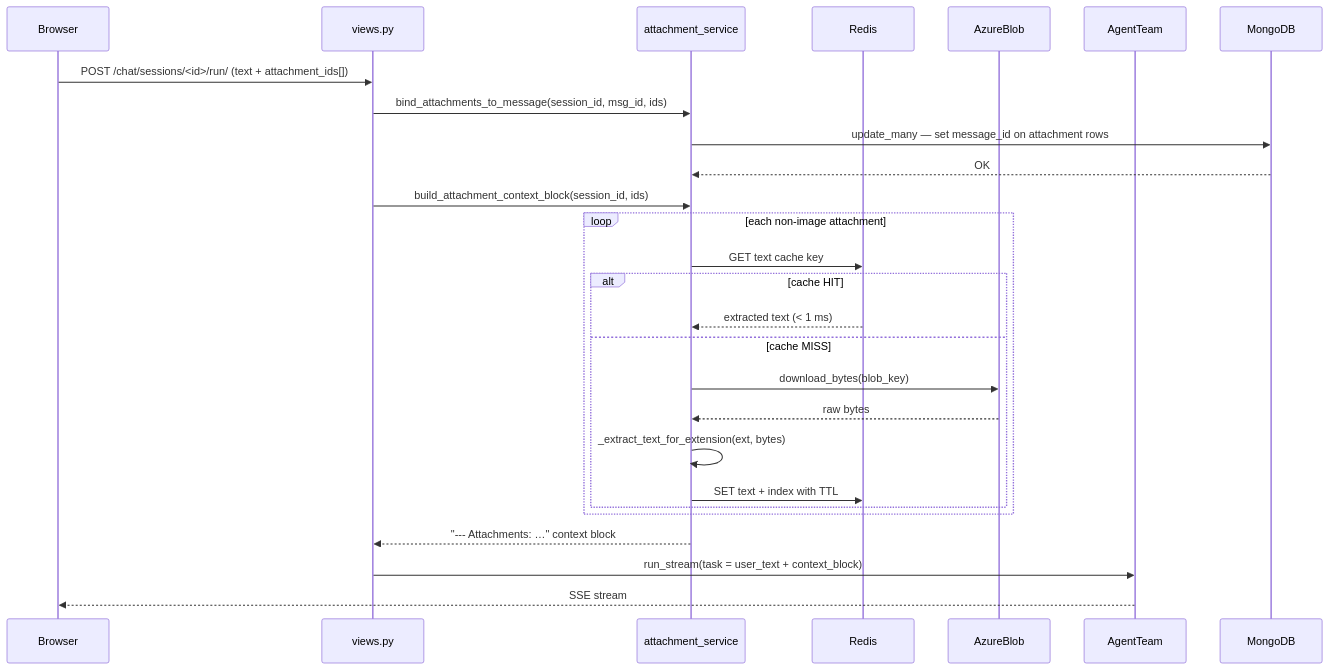
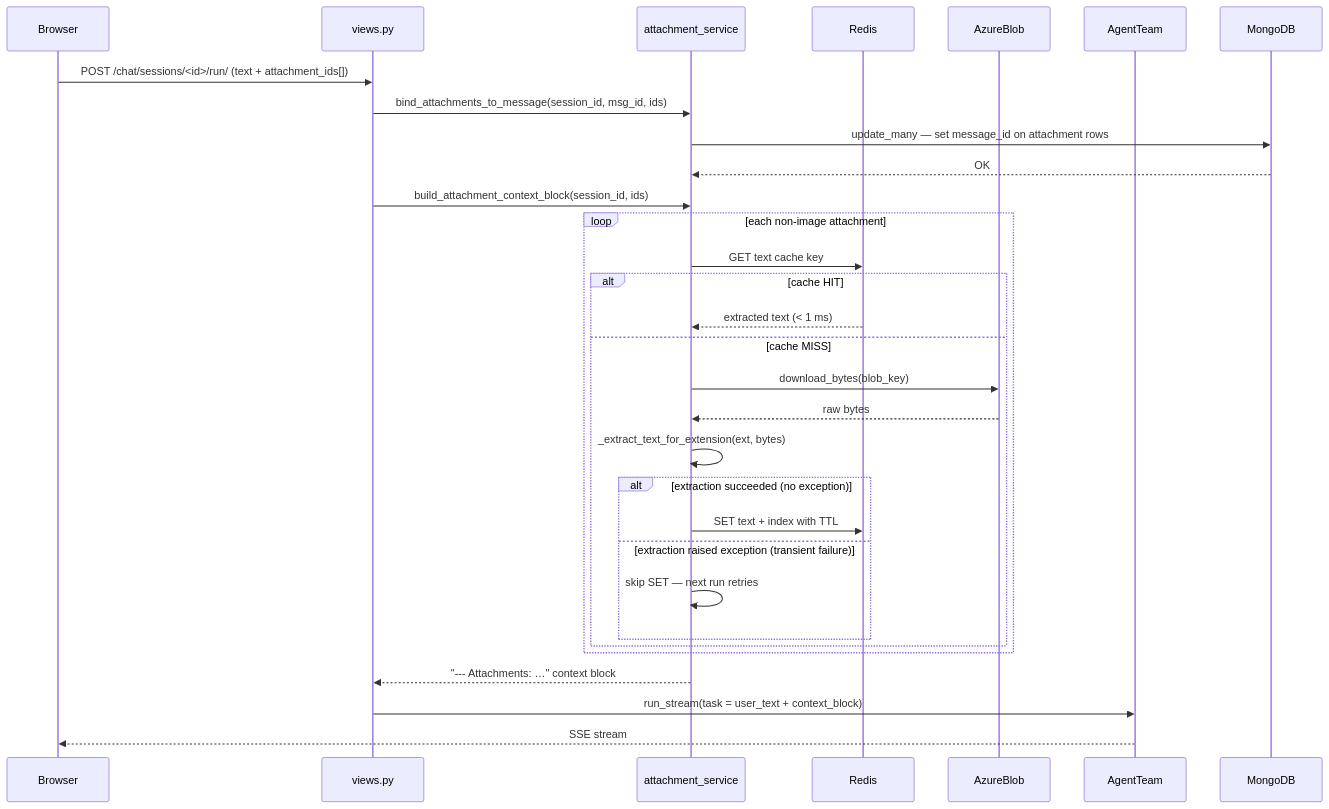
Before and after one commit to mainak555/the-ultimate-ceo-tool: the second of 4 diagrams in docs/attachment_storage.md, drawn with Mermaid. The commit also changed other lines of this file and 8 other files, not shown here.

````diff
--- a/docs/attachment_storage.md
+++ b/docs/attachment_storage.md
@@ -130,29 +130,33 @@
 ```mermaid
 sequenceDiagram
     participant Browser
     participant views.py
     participant attachment_service
     participant Redis
     participant AzureBlob
     participant AgentTeam
 
     Browser->>views.py: POST /chat/sessions/<id>/run/ (text + attachment_ids[])
     views.py->>attachment_service: bind_attachments_to_message(session_id, msg_id, ids)
     attachment_service->>MongoDB: update_many — set message_id on attachment rows
     MongoDB-->>attachment_service: OK
     views.py->>attachment_service: build_attachment_context_block(session_id, ids)
     loop each non-image attachment
         attachment_service->>Redis: GET text cache key
         alt cache HIT
             Redis-->>attachment_service: extracted text (< 1 ms)
         else cache MISS
             attachment_service->>AzureBlob: download_bytes(blob_key)
             AzureBlob-->>attachment_service: raw bytes
             attachment_service->>attachment_service: _extract_text_for_extension(ext, bytes)
-            attachment_service->>Redis: SET text + index with TTL
+            alt extraction succeeded (no exception)
+                attachment_service->>Redis: SET text + index with TTL
+            else extraction raised exception (transient failure)
+                attachment_service->>attachment_service: skip SET — next run retries
+            end
         end
     end
     attachment_service-->>views.py: "--- Attachments: …" context block
     views.py->>AgentTeam: run_stream(task = user_text + context_block)
     AgentTeam-->>Browser: SSE stream
 ```
````
